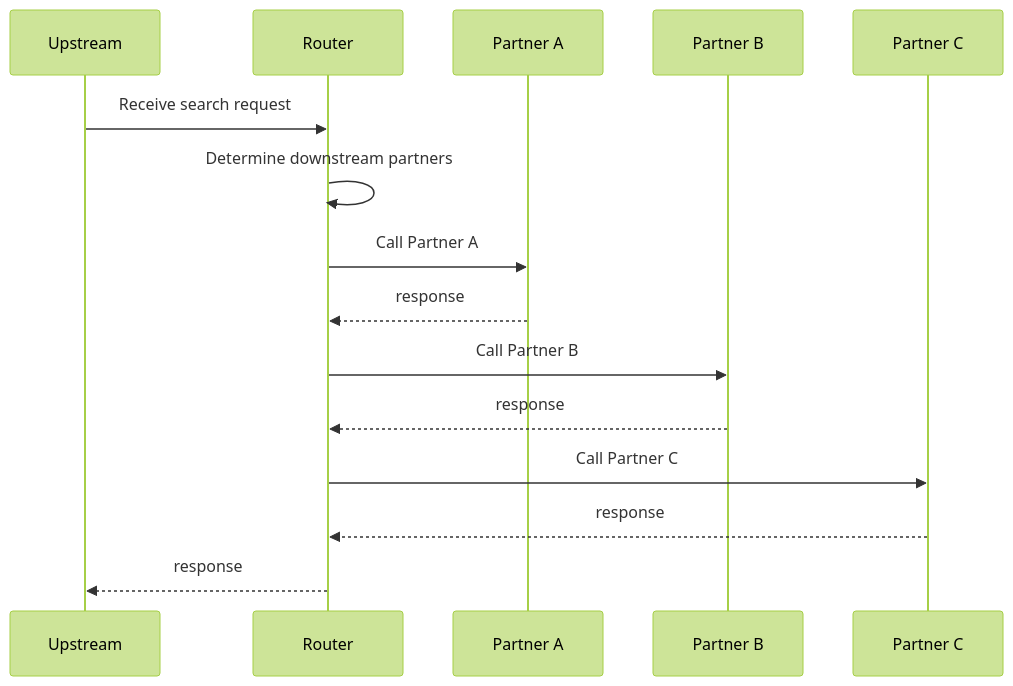
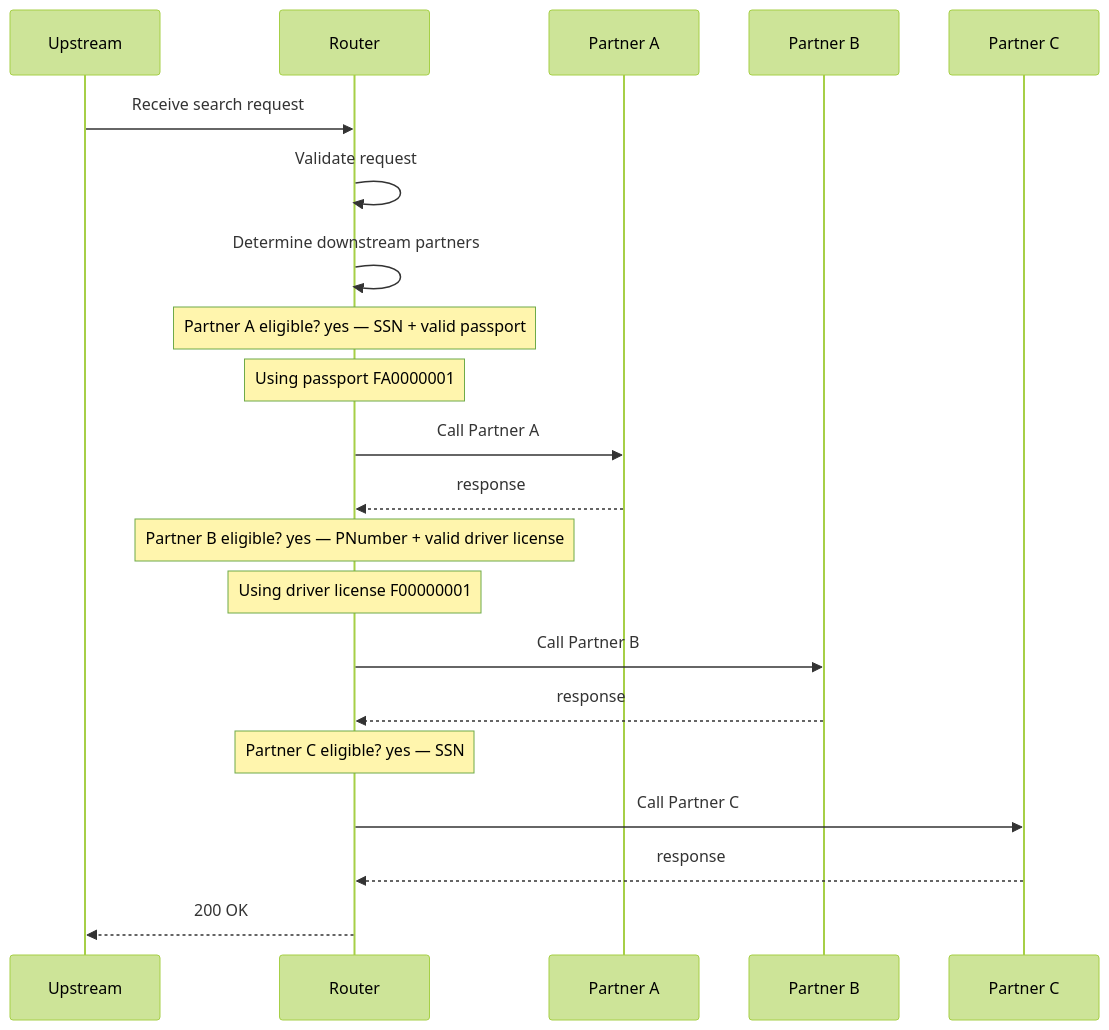
One commit to jwdomes/automockit changed the diagram in main-app/docs/flows/all-partners.mmd. Above: the diagram before and after it, drawn with Mermaid (forest theme). The commit also changed 45 other files, not shown here.

```diff
--- a/main-app/docs/flows/all-partners.mmd
+++ b/main-app/docs/flows/all-partners.mmd
@@ -1,16 +1,22 @@
 sequenceDiagram
     %% SSN, PNumber, valid passport and license: A, B and C are all called
     participant UPSTREAM as Upstream
     participant ROUTER as Router
     participant PARTNER_A as Partner A
     participant PARTNER_B as Partner B
     participant PARTNER_C as Partner C
     UPSTREAM->>ROUTER: Receive search request
+    ROUTER->>ROUTER: Validate request
     ROUTER->>ROUTER: Determine downstream partners
+    Note over ROUTER: Partner A eligible? yes — SSN + valid passport
+    Note over ROUTER: Using passport FA0000001
     ROUTER->>PARTNER_A: Call Partner A
     PARTNER_A-->>ROUTER: response
+    Note over ROUTER: Partner B eligible? yes — PNumber + valid driver license
+    Note over ROUTER: Using driver license F00000001
     ROUTER->>PARTNER_B: Call Partner B
     PARTNER_B-->>ROUTER: response
+    Note over ROUTER: Partner C eligible? yes — SSN
     ROUTER->>PARTNER_C: Call Partner C
     PARTNER_C-->>ROUTER: response
-    ROUTER-->>UPSTREAM: response
+    ROUTER-->>UPSTREAM: 200 OK
```
